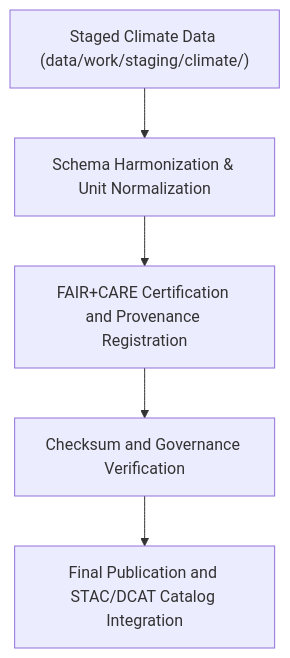
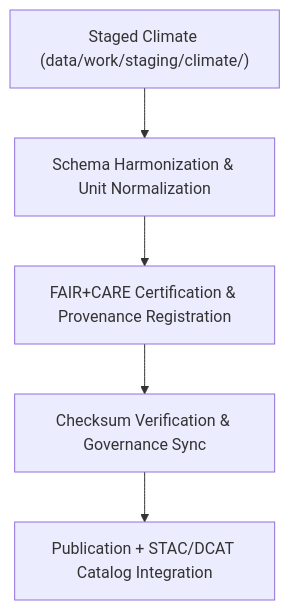
The diagram in data/work/processed/climate/README.md (bartytime4life/Kansas-Frontier-Matrix), drawn with Mermaid before and after one commit. The commit also changed other lines of this file, not shown here.

````diff
--- a/data/work/processed/climate/README.md
+++ b/data/work/processed/climate/README.md
@@ -64,7 +65,7 @@
 ```mermaid
 flowchart TD
-    A["Staged Climate Data (data/work/staging/climate/)"] --> B["Schema Harmonization & Unit Normalization"]
-    B --> C["FAIR+CARE Certification and Provenance Registration"]
-    C --> D["Checksum and Governance Verification"]
-    D --> E["Final Publication and STAC/DCAT Catalog Integration"]
+    A["Staged Climate (data/work/staging/climate/)"] --> B["Schema Harmonization & Unit Normalization"]
+    B --> C["FAIR+CARE Certification & Provenance Registration"]
+    C --> D["Checksum Verification & Governance Sync"]
+    D --> E["Publication + STAC/DCAT Catalog Integration"]
 ```
````
